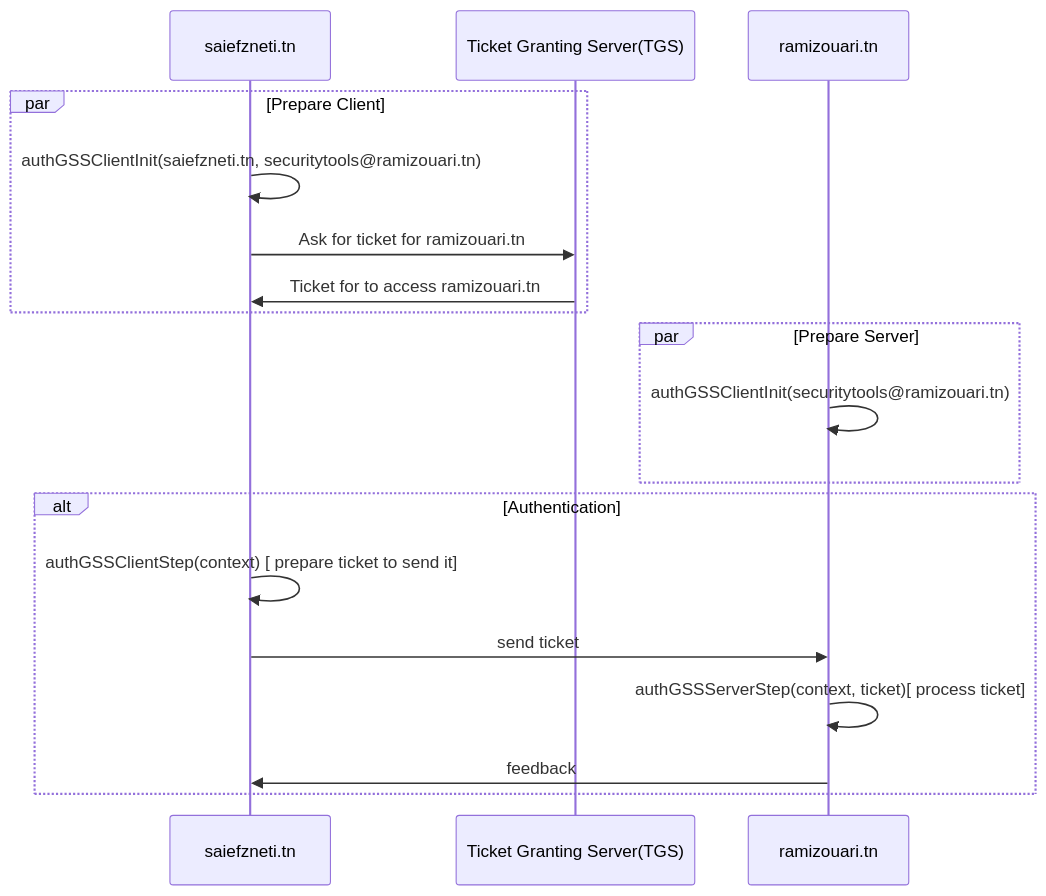
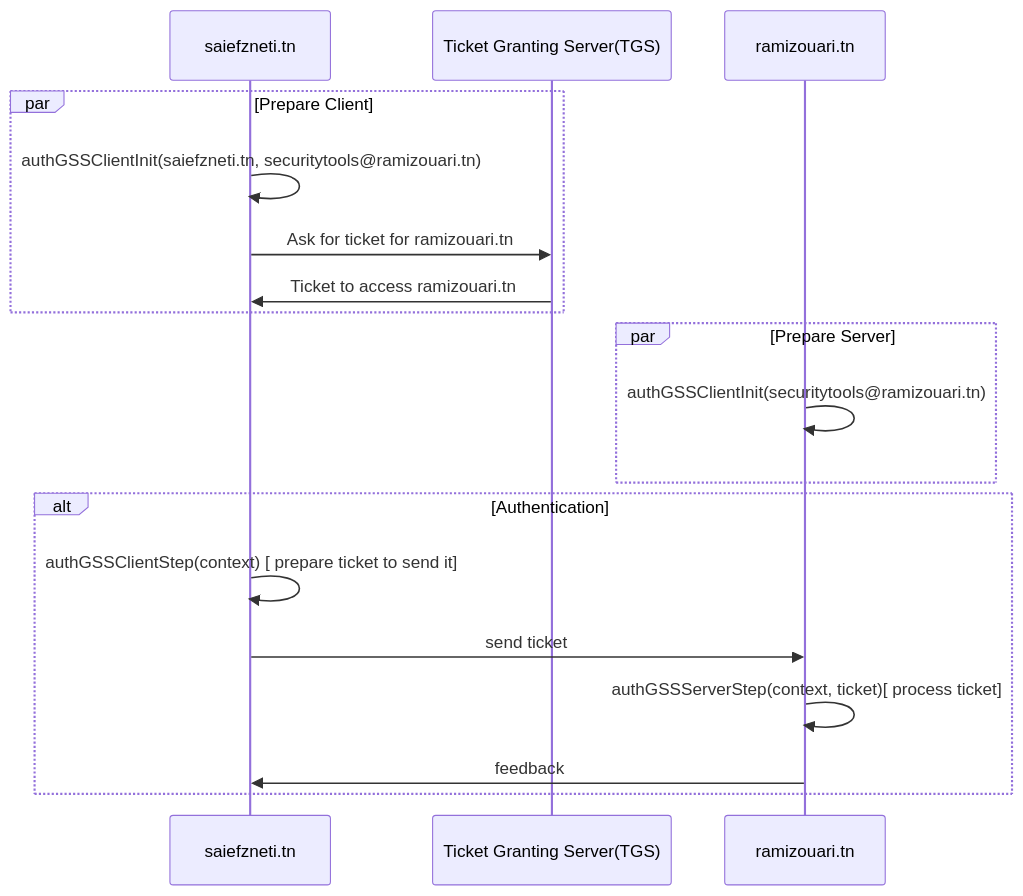
Before and after one commit to Saief1999/security-toolbox: the eighth of 9 diagrams in README.md, drawn with Mermaid.

````diff
--- a/README.md
+++ b/README.md
@@ -253,17 +253,17 @@
  ```mermaid
  sequenceDiagram
    	par Prepare Client
    		saiefzneti.tn->>saiefzneti.tn: authGSSClientInit(saiefzneti.tn, securitytools@ramizouari.tn)
  		saiefzneti.tn->>Ticket Granting Server(TGS): Ask for ticket for ramizouari.tn
- 		Ticket Granting Server(TGS)->> saiefzneti.tn: Ticket for to access ramizouari.tn
+ 		Ticket Granting Server(TGS)->> saiefzneti.tn: Ticket to access ramizouari.tn
      end
      par Prepare Server
  		ramizouari.tn->>ramizouari.tn: authGSSClientInit(securitytools@ramizouari.tn)
  	end
  	alt Authentication
  		saiefzneti.tn->>saiefzneti.tn: authGSSClientStep(context) [ prepare ticket to send it]
  		saiefzneti.tn->>ramizouari.tn: send ticket
  		ramizouari.tn->>ramizouari.tn: authGSSServerStep(context, ticket)[ process ticket]
  		ramizouari.tn->>saiefzneti.tn: feedback
  	end
  ```
````
